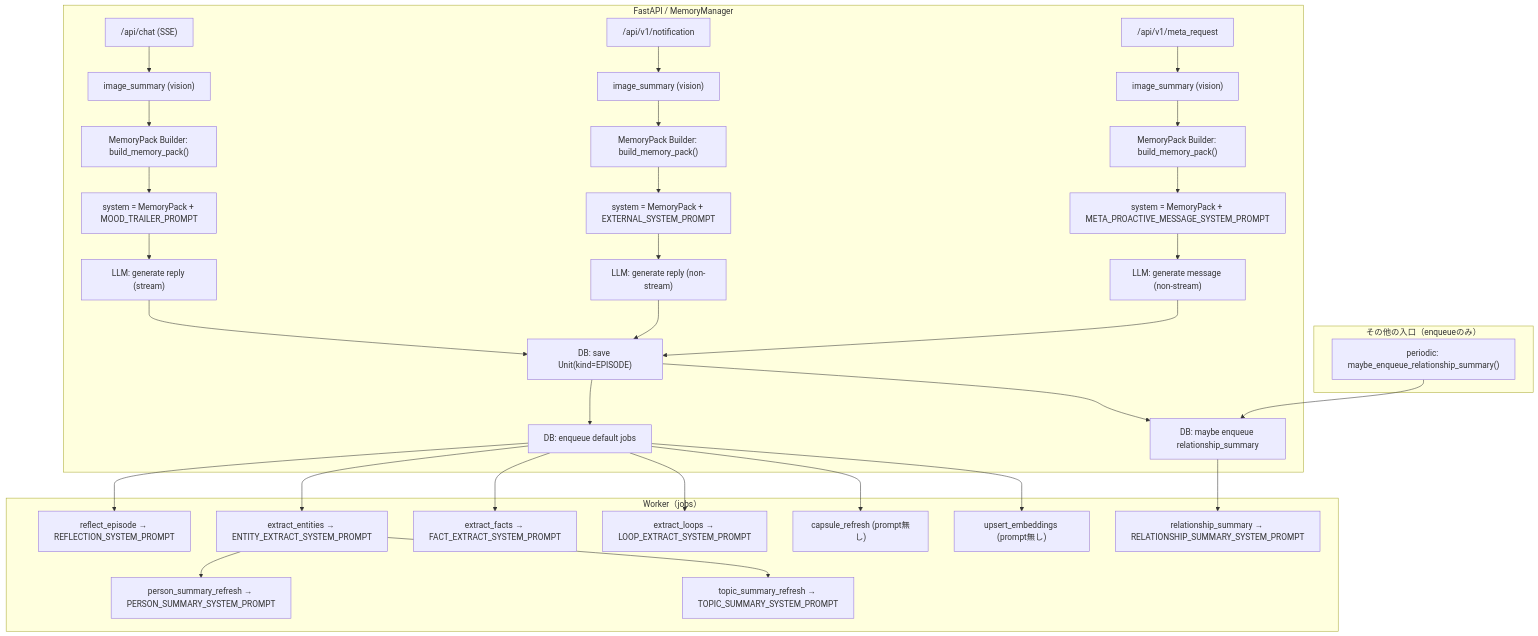
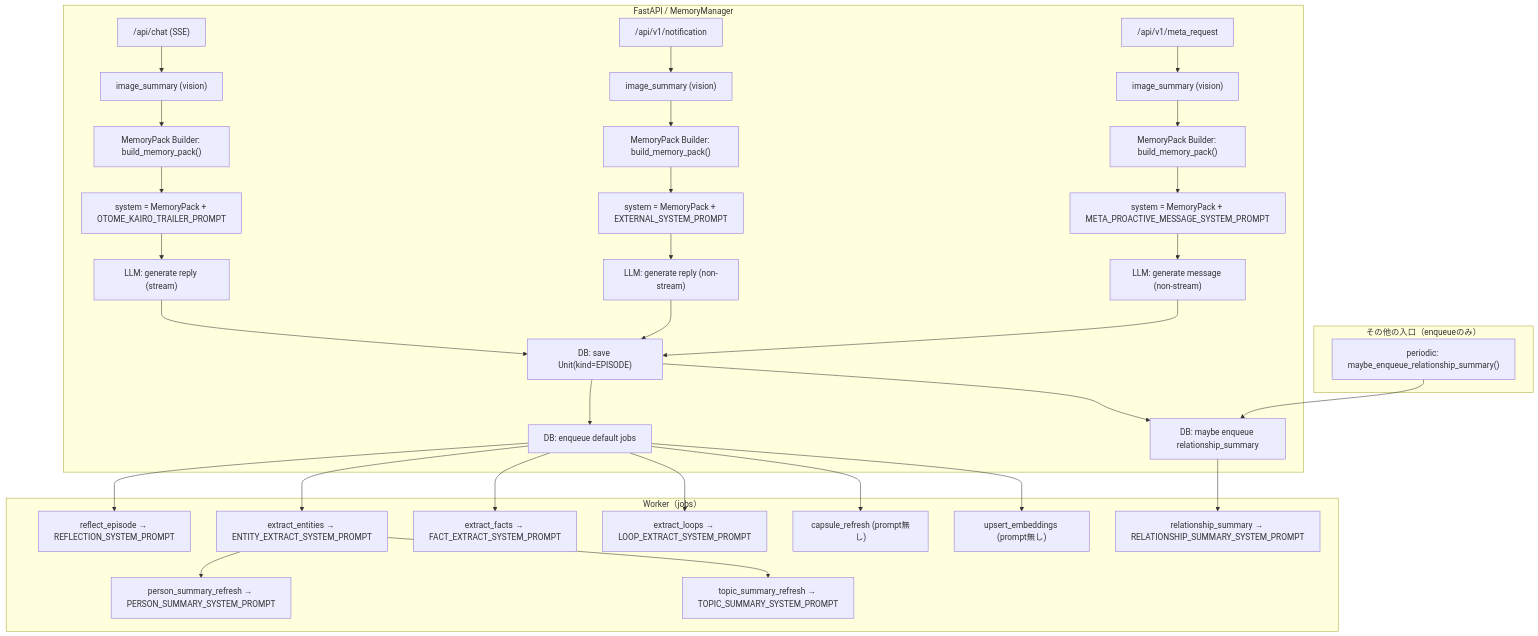
One commit to hirona98/cocoro_ghost changed the first of 4 diagrams in docs/prompt_usage_map.md. Above: the diagram before and after it, drawn with Mermaid. The commit also changed other lines of this file and 17 other files, not shown here.

````diff
--- a/docs/prompt_usage_map.md
+++ b/docs/prompt_usage_map.md
@@ -30,43 +30,43 @@
 ```mermaid
 flowchart TD
   subgraph API["FastAPI / MemoryManager"]
     CHAT["/api/chat (SSE)"] --> IMGC["image_summary (vision)"]
     NOTIF["/api/v1/notification"] --> IMGN["image_summary (vision)"]
     META["/api/v1/meta_request"] --> IMGM["image_summary (vision)"]
 
     IMGC --> PACK["MemoryPack Builder: build_memory_pack()"]
     IMGN --> PACKN["MemoryPack Builder: build_memory_pack()"]
     IMGM --> PACKM["MemoryPack Builder: build_memory_pack()"]
 
-    PACK --> SYS_CHAT["system = MemoryPack + MOOD_TRAILER_PROMPT"]
+    PACK --> SYS_CHAT["system = MemoryPack + OTOME_KAIRO_TRAILER_PROMPT"]
     PACKN --> SYS_NOTIF["system = MemoryPack + EXTERNAL_SYSTEM_PROMPT"]
     PACKM --> SYS_META["system = MemoryPack + META_PROACTIVE_MESSAGE_SYSTEM_PROMPT"]
 
     SYS_CHAT --> LLM_CHAT["LLM: generate reply (stream)"]
     SYS_NOTIF --> LLM_NOTIF["LLM: generate reply (non-stream)"]
     SYS_META --> LLM_META["LLM: generate message (non-stream)"]
 
     LLM_CHAT --> SAVE_EP["DB: save Unit(kind=EPISODE)"]
     LLM_NOTIF --> SAVE_EP
     LLM_META --> SAVE_EP
 
     SAVE_EP --> ENQ["DB: enqueue default jobs"]
     SAVE_EP --> ENQW_MAYBE["DB: maybe enqueue relationship_summary"]
   end
 
   subgraph WORKER["Worker（jobs）"]
     ENQ --> REFLECT["reflect_episode → REFLECTION_SYSTEM_PROMPT"]
     ENQ --> ENT["extract_entities → ENTITY_EXTRACT_SYSTEM_PROMPT"]
     ENQ --> FACT["extract_facts → FACT_EXTRACT_SYSTEM_PROMPT"]
     ENQ --> LOOP["extract_loops → LOOP_EXTRACT_SYSTEM_PROMPT"]
     ENQ --> CAPR["capsule_refresh (prompt無し)"]
     ENQ --> EMB["upsert_embeddings (prompt無し)"]
     ENT --> PERS["person_summary_refresh → PERSON_SUMMARY_SYSTEM_PROMPT"]
     ENT --> TOP["topic_summary_refresh → TOPIC_SUMMARY_SYSTEM_PROMPT"]
     ENQW_MAYBE --> WEEK["relationship_summary → RELATIONSHIP_SUMMARY_SYSTEM_PROMPT"]
   end
 
   subgraph OTHER["その他の入口（enqueueのみ）"]
     PERIODIC["periodic: maybe_enqueue_relationship_summary()"] --> ENQW_MAYBE
   end
 ```
````
